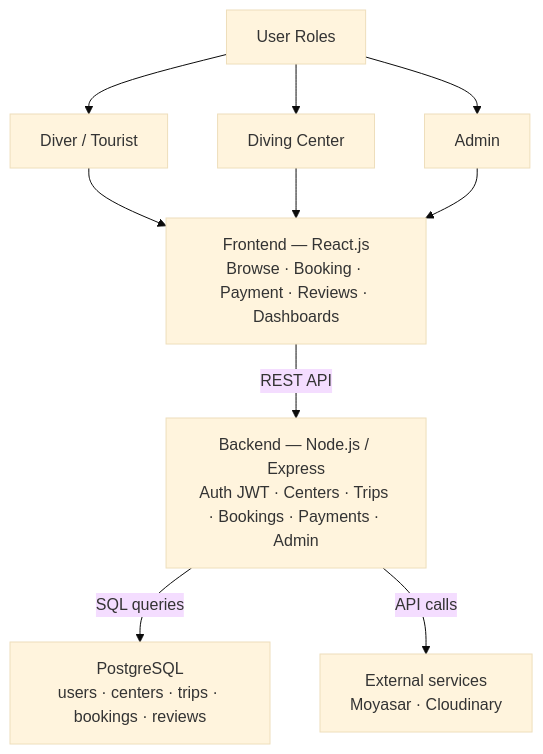
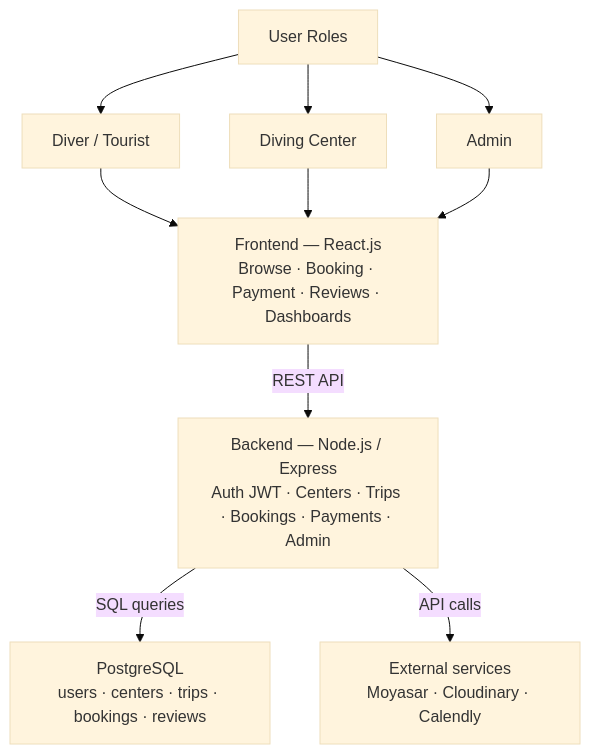
The first of 6 diagrams in stage3/README.md (laradreamer79/Portfolio-Project), drawn with Mermaid (base theme) before and after one commit.

Commit message:
fix: add Calendly to external services in architecture diagram

````diff
--- a/stage3/README.md
+++ b/stage3/README.md
@@ -81,29 +81,29 @@
 ```mermaid
 flowchart TB
     Roles[User Roles]
 
     Roles --> actor1[Diver / Tourist]
     Roles --> actor2[Diving Center]
     Roles --> actor3[Admin]
 
     actor1 --> FE
     actor2 --> FE
     actor3 --> FE
 
     FE["Frontend — React.js
 Browse · Booking · Payment · Reviews · Dashboards"]
 
     FE -->|REST API| BE
 
     BE["Backend — Node.js / Express
 Auth JWT · Centers · Trips · Bookings · Payments · Admin"]
 
     BE -->|SQL queries| DB
     BE -->|API calls| EXT
 
     DB["PostgreSQL
 users · centers · trips · bookings · reviews"]
 
     EXT["External services
-Moyasar · Cloudinary"]
+Moyasar · Cloudinary · Calendly"]
 ```
````
